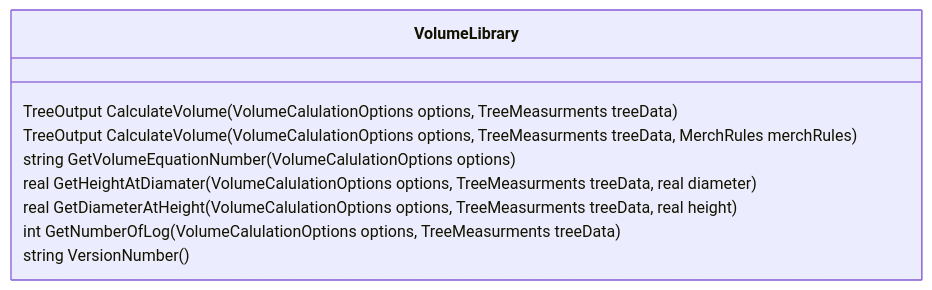
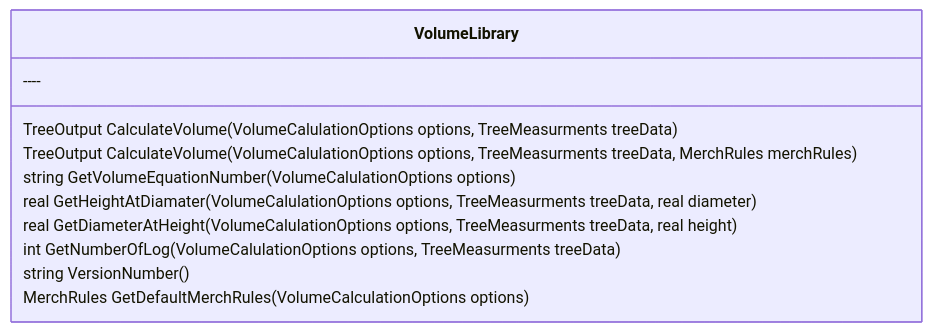
One commit to FMSC-Measurements/VolumeLibrary changed the first of 6 diagrams in docs/NewVolLibPlanning/VolumeCalulationFlow.md. Above: the diagram before and after it, drawn with Mermaid. The commit also changed other lines of this file and 2 other files, not shown here.

````diff
--- a/docs/NewVolLibPlanning/VolumeCalulationFlow.md
+++ b/docs/NewVolLibPlanning/VolumeCalulationFlow.md
@@ -2,20 +2,21 @@
 ```mermaid
 classDiagram
     class VolumeLibrary {
         TreeOutput CalculateVolume(VolumeCalulationOptions options, TreeMeasurments treeData)
 
         TreeOutput CalculateVolume(VolumeCalulationOptions options, TreeMeasurments treeData, MerchRules merchRules)
         
         string GetVolumeEquationNumber(VolumeCalulationOptions options)
 
         real GetHeightAtDiamater(VolumeCalulationOptions options, TreeMeasurments treeData, real diameter)
 
         real GetDiameterAtHeight(VolumeCalulationOptions options, TreeMeasurments treeData, real height)
 
         int GetNumberOfLog(VolumeCalulationOptions options, TreeMeasurments treeData)
 
         string VersionNumber() 
+
+        ----
+        MerchRules GetDefaultMerchRules(VolumeCalculationOptions options)
     }
-
-
 ```
````
